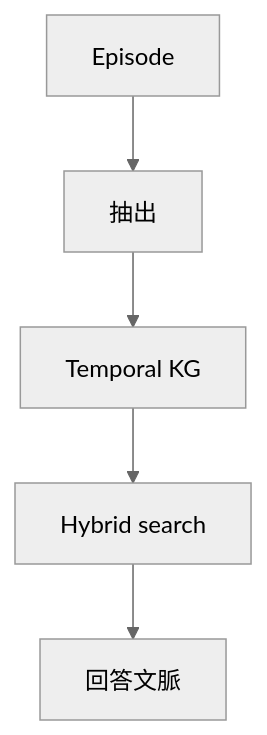
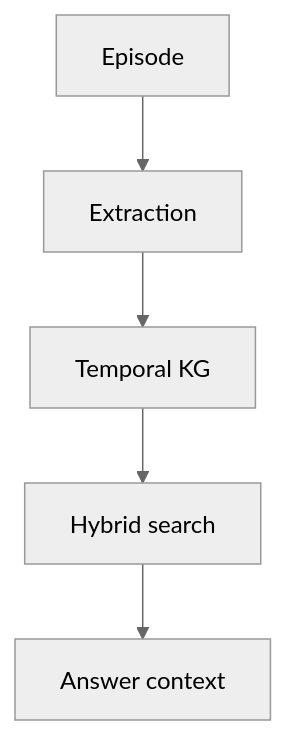
The second of 5 diagrams in content/blog/en/graphiti-mcp-memory.mdx (daylight55/research), drawn with Mermaid (neutral theme) before and after one commit. The commit also changed other lines of this file and 26 other files, not shown here.

Commit message:
Translate English Mermaid labels

````diff
--- a/content/blog/en/graphiti-mcp-memory.mdx
+++ b/content/blog/en/graphiti-mcp-memory.mdx
@@ -47,7 +47,7 @@
 ```mermaid
 flowchart TD
-  E["Episode"] --> X["抽出"]
+  E["Episode"] --> X["Extraction"]
   X --> G["Temporal KG"]
   G --> H["Hybrid search"]
-  H --> Ans["回答文脈"]
+  H --> Ans["Answer context"]
 ```
````
